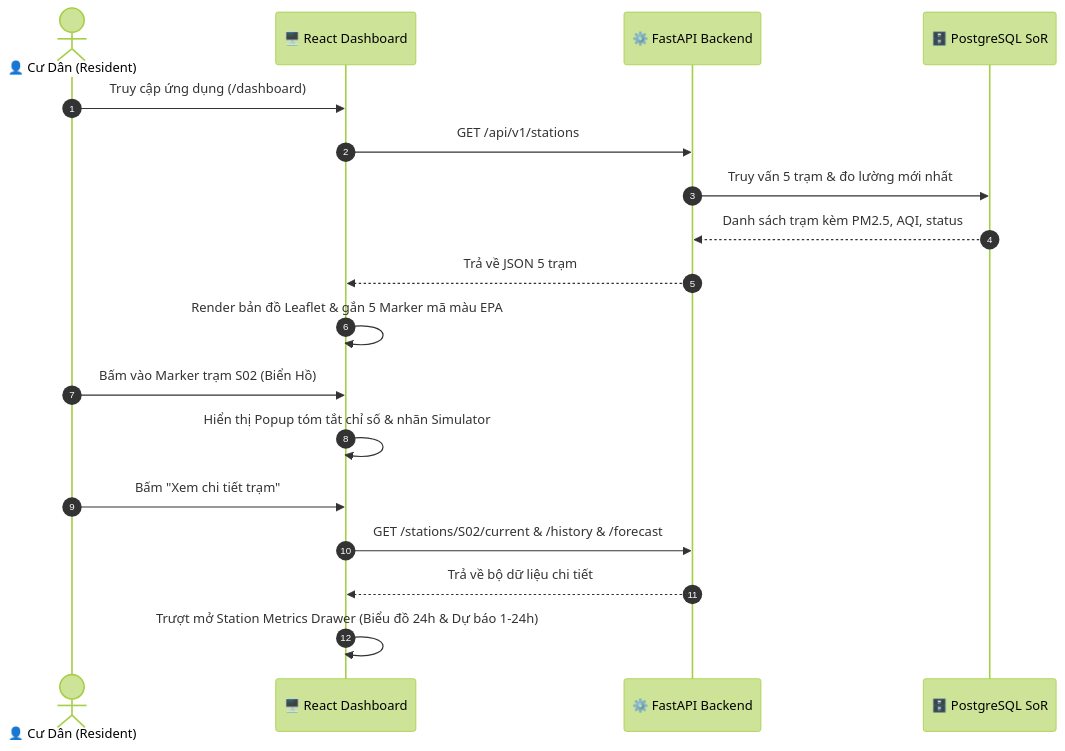
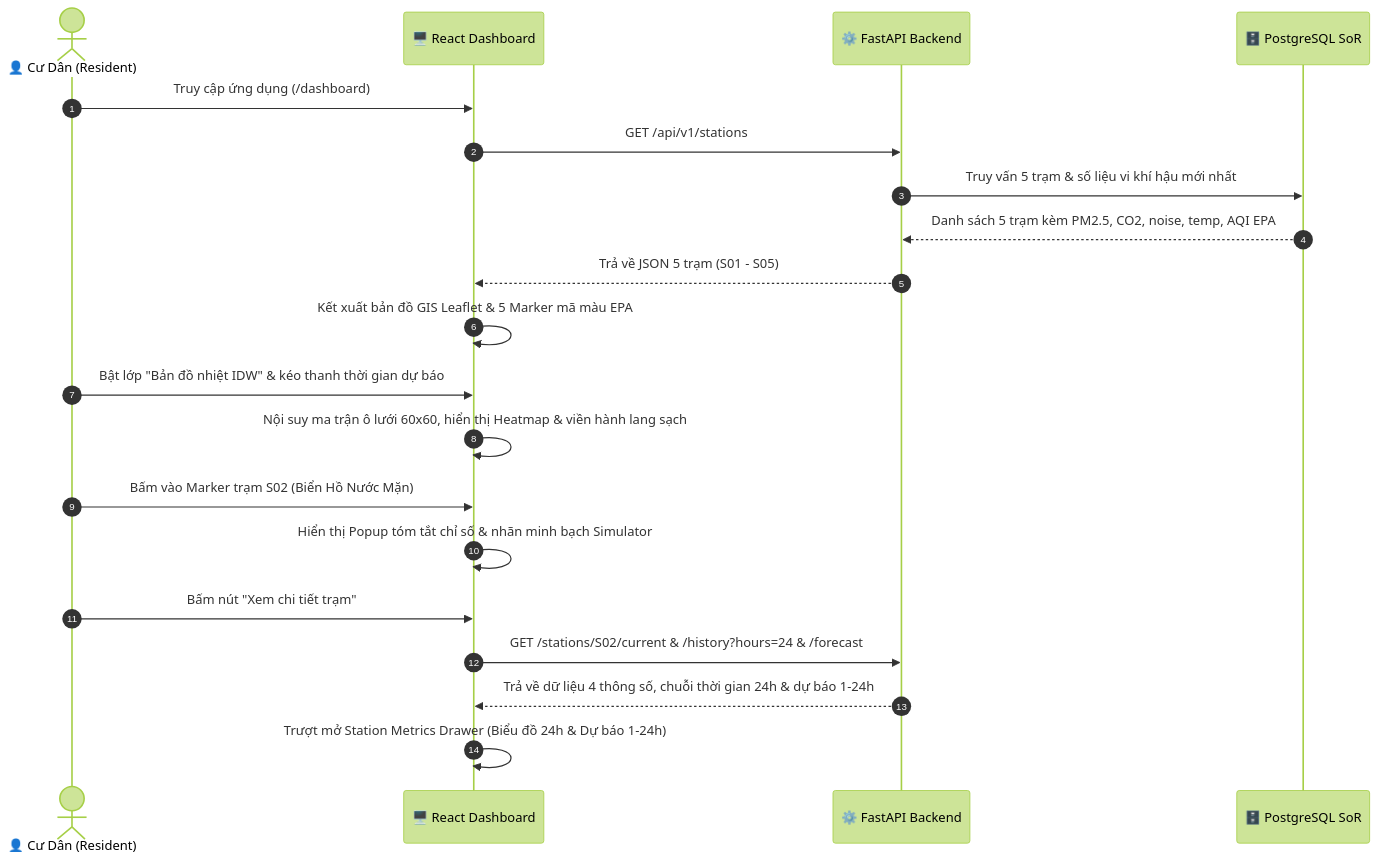
One commit to zangzang1303/airguard-core changed the second of 7 diagrams in docs/SRS.md. Above: the diagram before and after it, drawn with Mermaid (forest theme). The commit also changed other lines of this file and 2 other files, not shown here.

Commit message:
docs(srs): align Section 6 (UI/UX design, 6 user flows, 7 mockups) and Section 9 (RTM) with 2-role Use Case Diagram

````diff
--- a/docs/SRS.md
+++ b/docs/SRS.md
@@ -662,21 +683,23 @@
 ```mermaid
 sequenceDiagram
     autonumber
     actor User as 👤 Cư Dân (Resident)
     participant UI as 🖥️ React Dashboard
     participant API as ⚙️ FastAPI Backend
     participant DB as 🗄️ PostgreSQL SoR
 
     User->>UI: Truy cập ứng dụng (/dashboard)
     UI->>API: GET /api/v1/stations
-    API->>DB: Truy vấn 5 trạm & đo lường mới nhất
-    DB-->>API: Danh sách trạm kèm PM2.5, AQI, status
-    API-->>UI: Trả về JSON 5 trạm
-    UI->>UI: Render bản đồ Leaflet & gắn 5 Marker mã màu EPA
-    User->>UI: Bấm vào Marker trạm S02 (Biển Hồ)
-    UI->>UI: Hiển thị Popup tóm tắt chỉ số & nhãn Simulator
-    User->>UI: Bấm "Xem chi tiết trạm"
-    UI->>API: GET /stations/S02/current & /history & /forecast
-    API-->>UI: Trả về bộ dữ liệu chi tiết
+    API->>DB: Truy vấn 5 trạm & số liệu vi khí hậu mới nhất
+    DB-->>API: Danh sách 5 trạm kèm PM2.5, CO2, noise, temp, AQI EPA
+    API-->>UI: Trả về JSON 5 trạm (S01 - S05)
+    UI->>UI: Kết xuất bản đồ GIS Leaflet & 5 Marker mã màu EPA
+    User->>UI: Bật lớp "Bản đồ nhiệt IDW" & kéo thanh thời gian dự báo
+    UI->>UI: Nội suy ma trận ô lưới 60x60, hiển thị Heatmap & viền hành lang sạch
+    User->>UI: Bấm vào Marker trạm S02 (Biển Hồ Nước Mặn)
+    UI->>UI: Hiển thị Popup tóm tắt chỉ số & nhãn minh bạch Simulator
+    User->>UI: Bấm nút "Xem chi tiết trạm"
+    UI->>API: GET /stations/S02/current & /history?hours=24 & /forecast
+    API-->>UI: Trả về dữ liệu 4 thông số, chuỗi thời gian 24h & dự báo 1-24h
     UI->>UI: Trượt mở Station Metrics Drawer (Biểu đồ 24h & Dự báo 1-24h)
 ```
````
